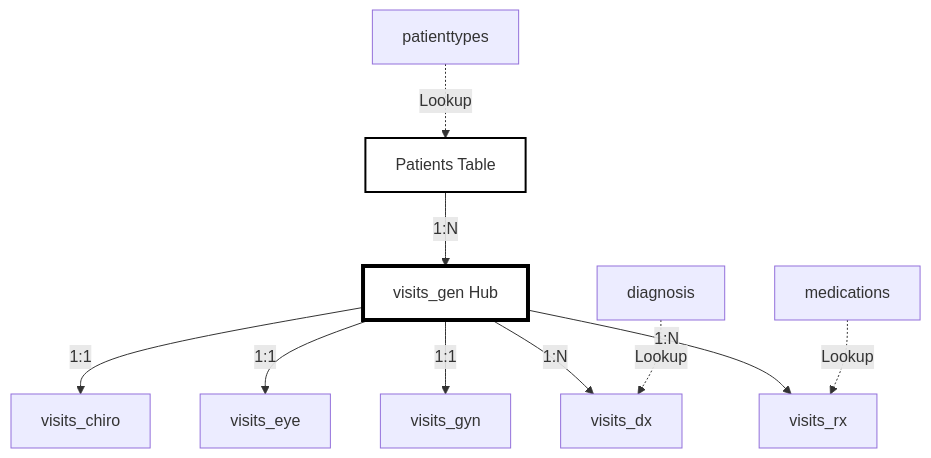
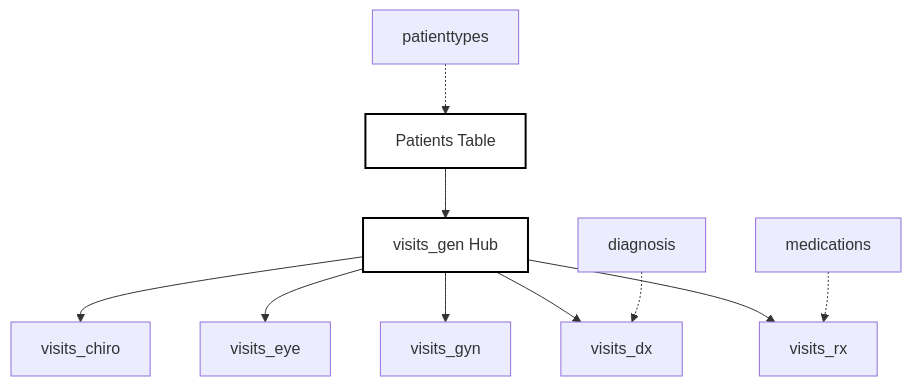
The diagram in docs/database.md (christmedical/christmedical.com), drawn with Mermaid before and after one commit. The commit also changed other lines of this file and 1 other file, not shown here.

````diff
--- a/docs/database.md
+++ b/docs/database.md
@@ -7,35 +3,35 @@
 ```mermaid
 graph TD
     %% Entities
     P[Patients Table]
     VG[visits_gen Hub]
 
     %% Spokes
     VC[visits_chiro]
     VE[visits_eye]
     VGY[visits_gyn]
     VDX[visits_dx]
     VRX[visits_rx]
 
     %% Lookups
     M[medications]
     D[diagnosis]
     PT[patienttypes]
 
     %% Relationships
-    P -->|1:N| VG
-    PT -.->|Lookup| P
+    P --> VG
+    PT -.-> P
 
-    VG -->|1:1| VC
-    VG -->|1:1| VE
-    VG -->|1:1| VGY
-    VG -->|1:N| VDX
-    VG -->|1:N| VRX
+    VG --> VC
+    VG --> VE
+    VG --> VGY
+    VG --> VDX
+    VG --> VRX
 
-    D -.->|Lookup| VDX
-    M -.->|Lookup| VRX
+    D -.-> VDX
+    M -.-> VRX
 
     %% Styling
-    style VG fill:#fff,stroke:#000,stroke-width:4px
+    style VG fill:#fff,stroke:#000,stroke-width:2px
     style P fill:#fff,stroke:#000,stroke-width:2px
 ```
````
